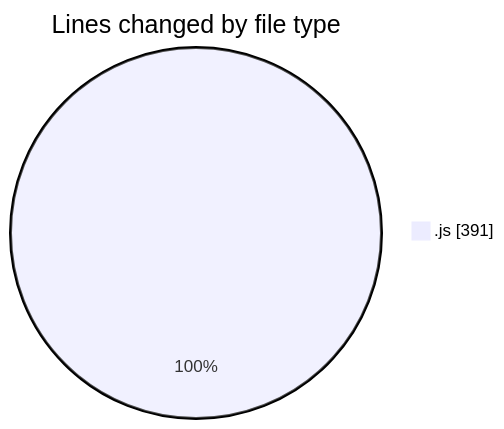
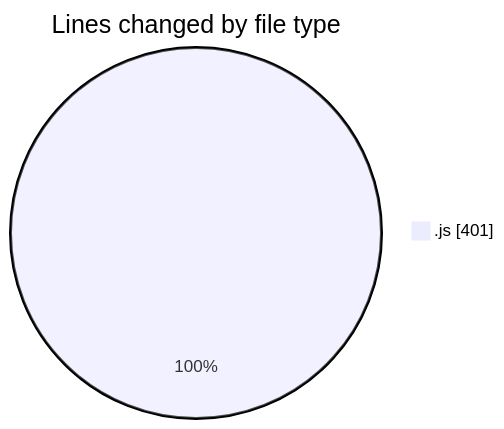
Before and after one commit to momahboobian/code-tracking: the first of 2 diagrams in 2025-02-04/cda/README.md, drawn with Mermaid. The commit also changed other lines of this file and 1 other file, not shown here.

````diff
--- a/2025-02-04/cda/README.md
+++ b/2025-02-04/cda/README.md
@@ -20,5 +20,5 @@
 ```mermaid
 pie showData
 title Lines changed by file type
-".js" : 391
+".js" : 401
 ```
````
